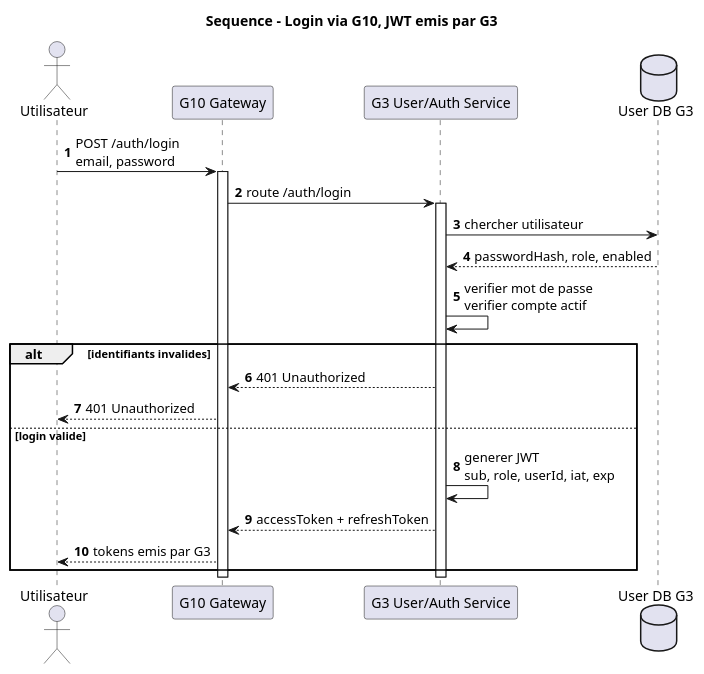
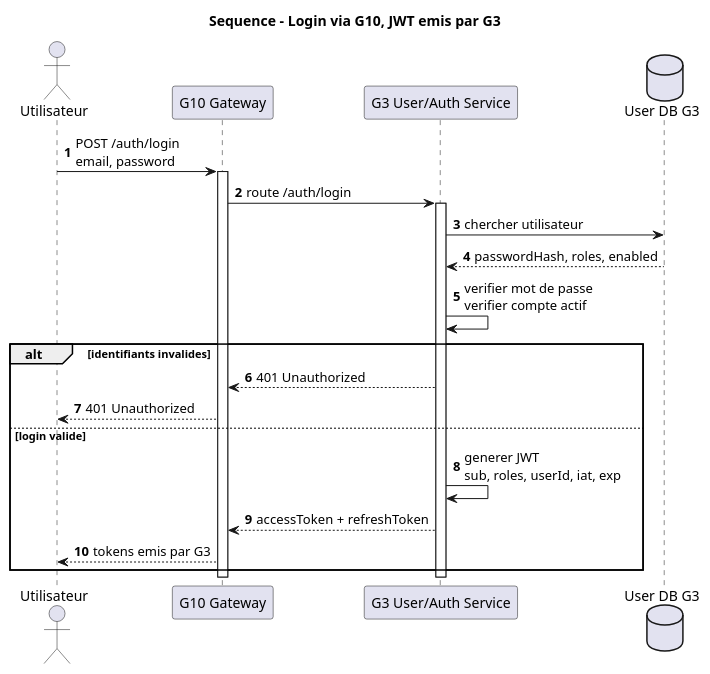
Before and after one commit to AmineElBiyadi/SGITU-Microservices: the diagram in api-gateway/docs/diagrams/g10_06_sequence_login_jwt.puml, drawn with PlantUML. The commit also changed 26 other files, not shown here.

```diff
--- a/api-gateway/docs/diagrams/g10_06_sequence_login_jwt.puml
+++ b/api-gateway/docs/diagrams/g10_06_sequence_login_jwt.puml
@@ -1,30 +1,30 @@
 @startuml
 title Sequence - Login via G10, JWT emis par G3
 
 autonumber
 actor "Utilisateur" as User
 participant "G10 Gateway" as G10
 participant "G3 User/Auth Service" as G3
 database "User DB G3" as Db
 
 User -> G10 : POST /auth/login\nemail, password
 activate G10
 G10 -> G3 : route /auth/login
 activate G3
 G3 -> Db : chercher utilisateur
-Db --> G3 : passwordHash, role, enabled
+Db --> G3 : passwordHash, roles, enabled
 G3 -> G3 : verifier mot de passe\nverifier compte actif
 
 alt identifiants invalides
   G3 --> G10 : 401 Unauthorized
   G10 --> User : 401 Unauthorized
 else login valide
-  G3 -> G3 : generer JWT\nsub, role, userId, iat, exp
+  G3 -> G3 : generer JWT\nsub, roles, userId, iat, exp
   G3 --> G10 : accessToken + refreshToken
   G10 --> User : tokens emis par G3
 end
 
 deactivate G3
 deactivate G10
 
 @enduml
```
